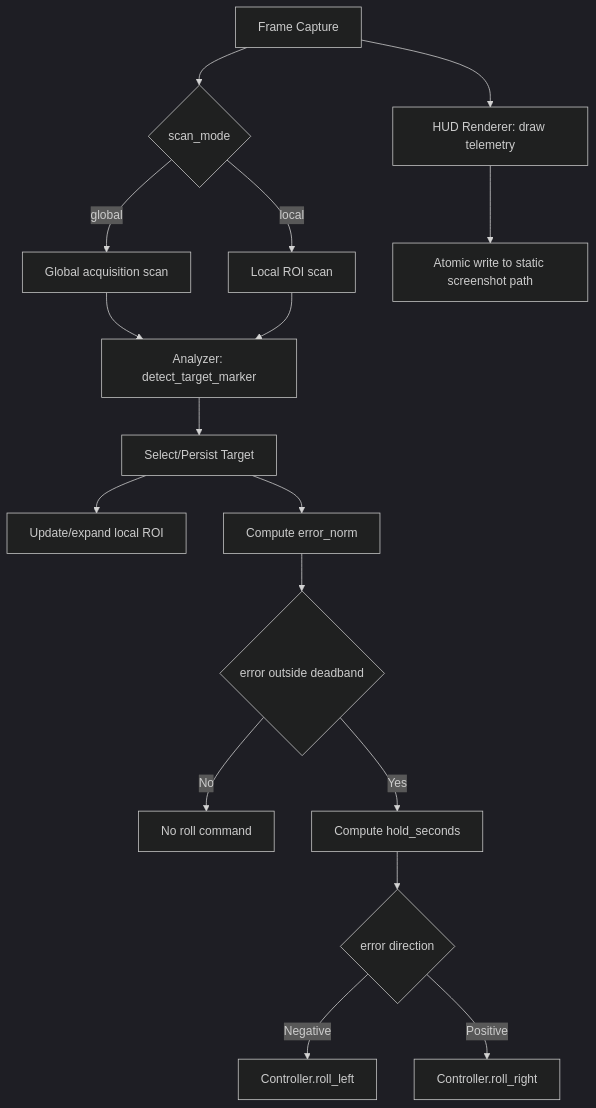
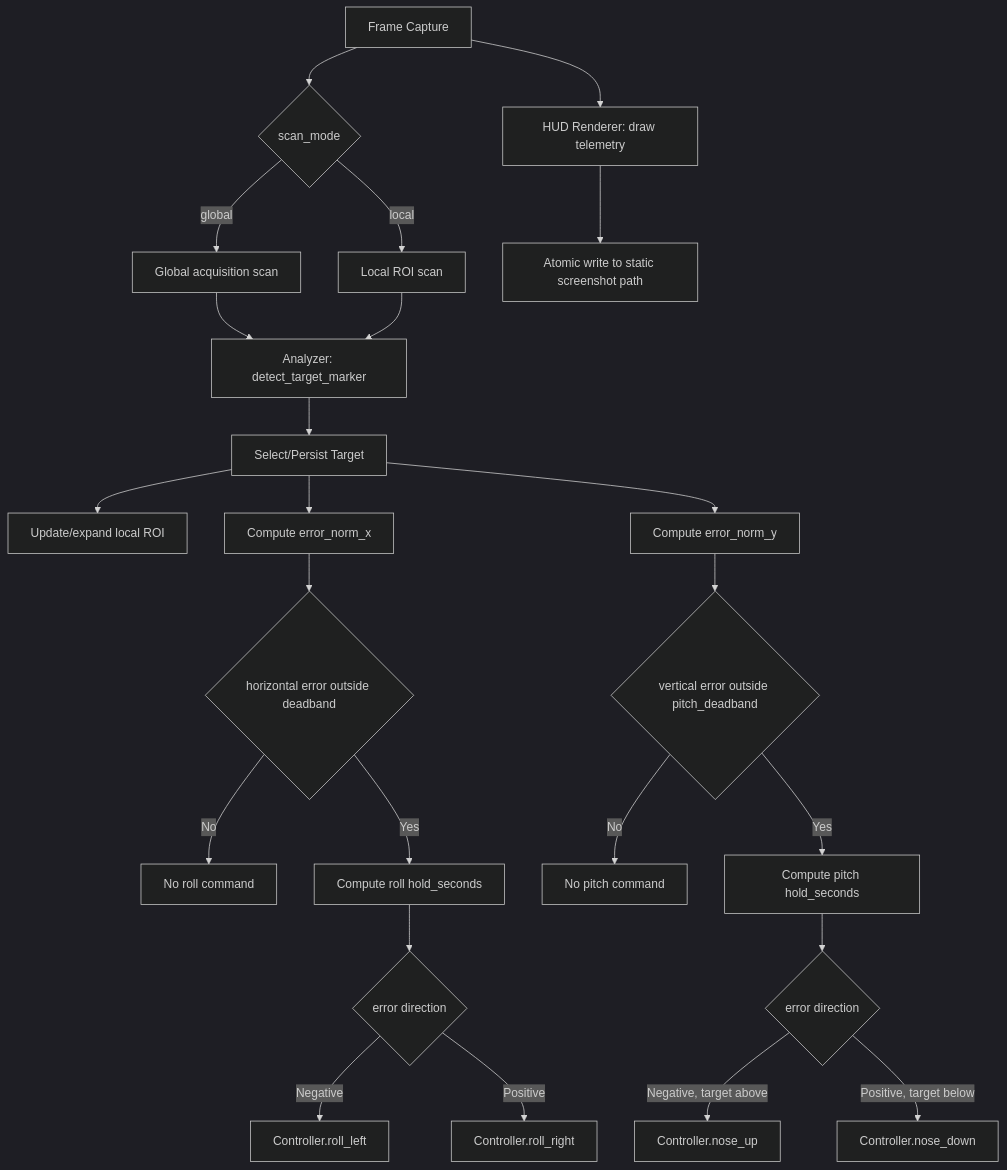
Before and after one commit to mhouse1/wingman: the first of 2 diagrams in docs/hldd/005-target-tracking-hldd.md, drawn with Mermaid (dark theme). The commit also changed other lines of this file and 9 other files, not shown here.

````diff
--- a/docs/hldd/005-target-tracking-hldd.md
+++ b/docs/hldd/005-target-tracking-hldd.md
@@ -190,19 +270,26 @@
 ```mermaid
 flowchart TD
     CAP[Frame Capture] --> MODE{scan_mode}
     MODE -->|global| GBL[Global acquisition scan]
     MODE -->|local| LCL[Local ROI scan]
     GBL --> AN[Analyzer: detect_target_marker]
     LCL --> AN
     AN --> SEL[Select/Persist Target]
     SEL --> ROI[Update/expand local ROI]
-    SEL --> ERR[Compute error_norm]
-    ERR --> DEC{error outside deadband}
-    DEC -->|No| HOLD[No roll command]
-    DEC -->|Yes| CTRL[Compute hold_seconds]
-    CTRL --> DIR{error direction}
-    DIR -->|Negative| RL[Controller.roll_left]
-    DIR -->|Positive| RR[Controller.roll_right]
+    SEL --> ERRX[Compute error_norm_x]
+    SEL --> ERRY[Compute error_norm_y]
+    ERRX --> DECX{horizontal error outside deadband}
+    DECX -->|No| HOLDX[No roll command]
+    DECX -->|Yes| CTRLX[Compute roll hold_seconds]
+    CTRLX --> DIRX{error direction}
+    DIRX -->|Negative| RL[Controller.roll_left]
+    DIRX -->|Positive| RR[Controller.roll_right]
+    ERRY --> DECY{vertical error outside pitch_deadband}
+    DECY -->|No| HOLDY[No pitch command]
+    DECY -->|Yes| CTRLY[Compute pitch hold_seconds]
+    CTRLY --> DIRY{error direction}
+    DIRY -->|Negative, target above| NU[Controller.nose_up]
+    DIRY -->|Positive, target below| ND[Controller.nose_down]
     CAP --> HUD[HUD Renderer: draw telemetry]
     HUD --> OUT[Atomic write to static screenshot path]
 ```
````
